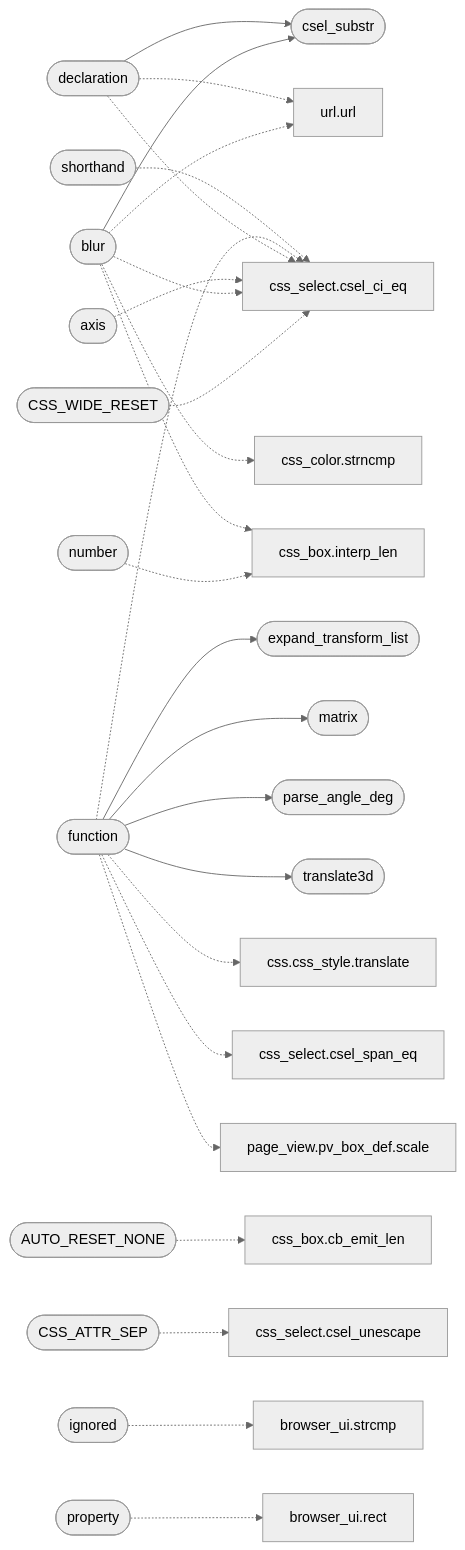
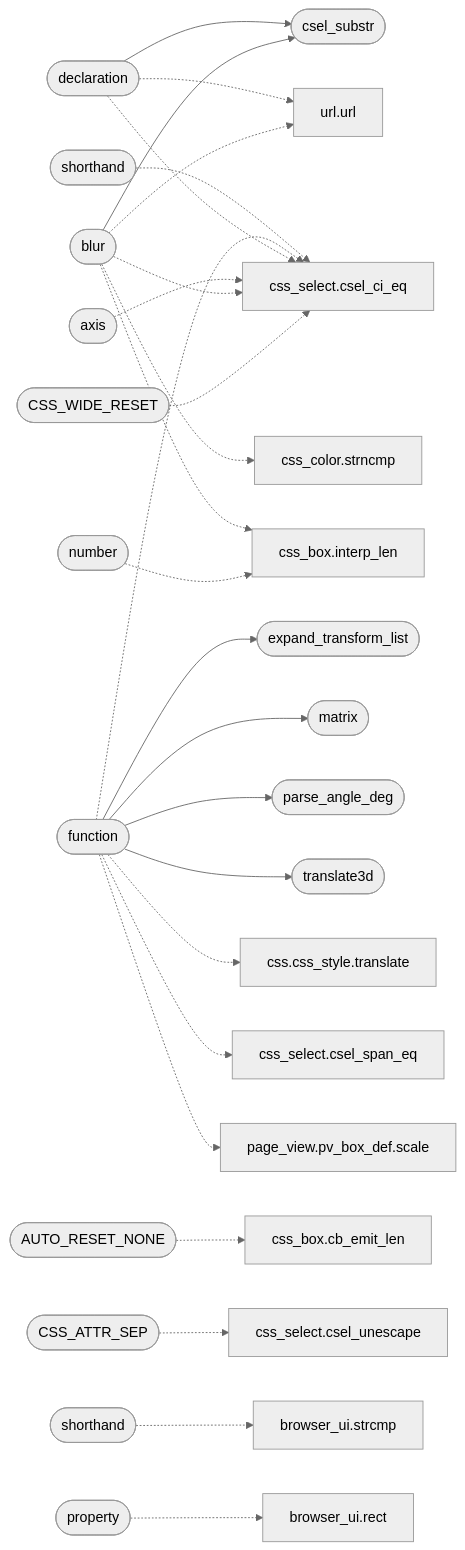
One commit to grisuno/FreeDom changed the second of 2 diagrams in readmenator-apidocs/modules/src.css.c.md. Above: the diagram before and after it, drawn with Mermaid (neutral theme). The commit also changed other lines of this file and 262 other files, not shown here.

````diff
--- a/readmenator-apidocs/modules/src.css.c.md
+++ b/readmenator-apidocs/modules/src.css.c.md
@@ -39,54 +39,54 @@
 ```mermaid
 flowchart LR
     n_src_css_c__blur(["blur"])
     n_src_css_c__csel_substr(["csel_substr"])
     n_src_css_c__declaration(["declaration"])
     n_src_css_c__function(["function"])
     n_src_css_c__expand_transform_list(["expand_transform_list"])
     n_src_css_c__matrix(["matrix"])
     n_src_css_c__parse_angle_deg(["parse_angle_deg"])
     n_src_css_c__translate3d(["translate3d"])
     n_src_css_c__CSS_WIDE_RESET(["CSS_WIDE_RESET"])
     n_include_css_select_h__csel_ci_eq["css_select.csel_ci_eq"]
     n_src_css_c__AUTO_RESET_NONE(["AUTO_RESET_NONE"])
     n_include_css_box_h__cb_emit_len["css_box.cb_emit_len"]
     n_src_css_c__number(["number"])
     n_src_css_box_c__interp_len["css_box.interp_len"]
     n_include_url_h__url["url.url"]
     n_src_css_color_c__strncmp["css_color.strncmp"]
     n_src_css_c__axis(["axis"])
     n_src_css_c__CSS_ATTR_SEP(["CSS_ATTR_SEP"])
     n_include_css_select_h__csel_unescape["css_select.csel_unescape"]
     n_include_css_h__css_style_translate["css.css_style.translate"]
     n_include_css_select_h__csel_span_eq["css_select.csel_span_eq"]
     n_include_page_view_h__pv_box_def_scale["page_view.pv_box_def.scale"]
-    n_src_css_c__ignored(["ignored"])
+    n_src_css_c__shorthand(["shorthand"])
     n_gui_browser_ui_c__strcmp["browser_ui.strcmp"]
     n_src_css_c__property(["property"])
     n_gui_browser_ui_c__rect["browser_ui.rect"]
-    n_src_css_c__shorthand(["shorthand"])
+    n_src_css_c__shorthand_3278(["shorthand"])
     n_src_css_c__blur --> n_src_css_c__csel_substr
     n_src_css_c__declaration --> n_src_css_c__csel_substr
     n_src_css_c__function --> n_src_css_c__expand_transform_list
     n_src_css_c__function --> n_src_css_c__matrix
     n_src_css_c__function --> n_src_css_c__parse_angle_deg
     n_src_css_c__function --> n_src_css_c__translate3d
     n_src_css_c__CSS_WIDE_RESET -.-> n_include_css_select_h__csel_ci_eq
     n_src_css_c__AUTO_RESET_NONE -.-> n_include_css_box_h__cb_emit_len
     n_src_css_c__number -.-> n_src_css_box_c__interp_len
     n_src_css_c__blur -.-> n_include_css_select_h__csel_ci_eq
     n_src_css_c__blur -.-> n_include_url_h__url
     n_src_css_c__blur -.-> n_src_css_box_c__interp_len
     n_src_css_c__blur -.-> n_src_css_color_c__strncmp
     n_src_css_c__axis -.-> n_include_css_select_h__csel_ci_eq
     n_src_css_c__CSS_ATTR_SEP -.-> n_include_css_select_h__csel_unescape
     n_src_css_c__declaration -.-> n_include_css_select_h__csel_ci_eq
     n_src_css_c__declaration -.-> n_include_url_h__url
     n_src_css_c__function -.-> n_include_css_h__css_style_translate
     n_src_css_c__function -.-> n_include_css_select_h__csel_ci_eq
     n_src_css_c__function -.-> n_include_css_select_h__csel_span_eq
     n_src_css_c__function -.-> n_include_page_view_h__pv_box_def_scale
-    n_src_css_c__ignored -.-> n_gui_browser_ui_c__strcmp
+    n_src_css_c__shorthand -.-> n_gui_browser_ui_c__strcmp
     n_src_css_c__property -.-> n_gui_browser_ui_c__rect
-    n_src_css_c__shorthand -.-> n_include_css_select_h__csel_ci_eq
+    n_src_css_c__shorthand_3278 -.-> n_include_css_select_h__csel_ci_eq
 ```
````
